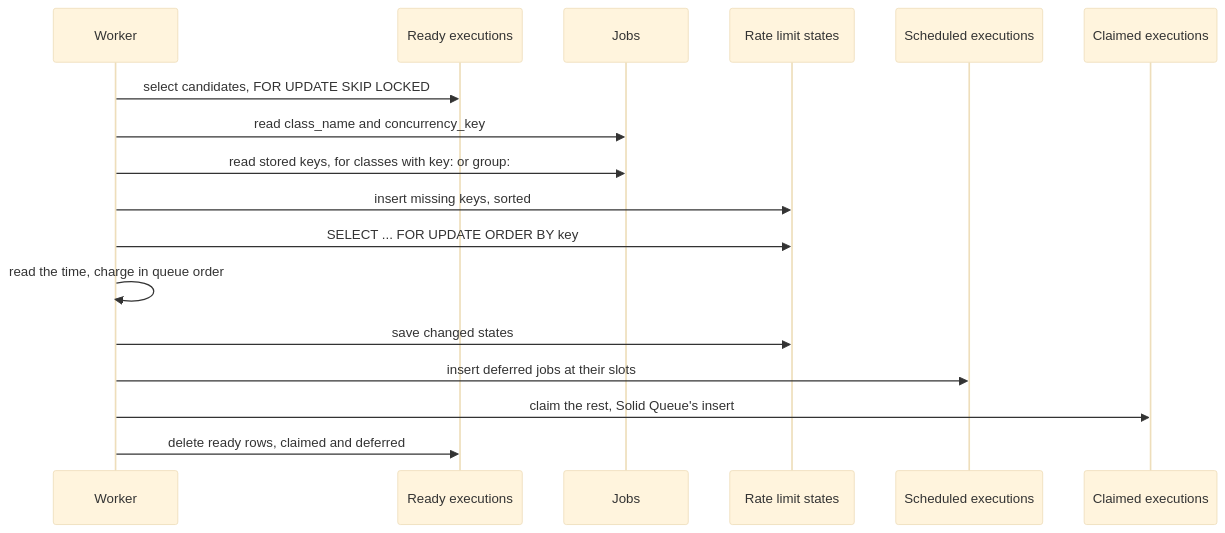
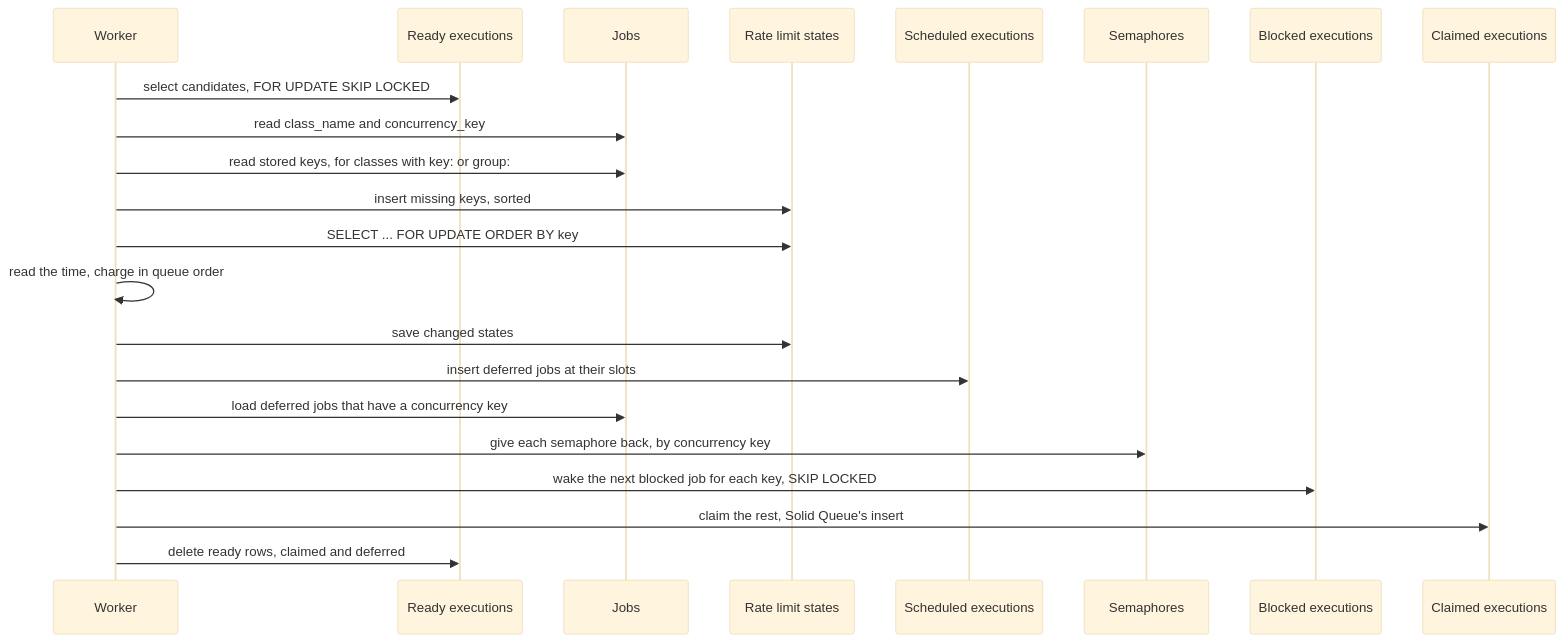
One commit to dtcristo/solid_queue-rate_limit changed the second of 3 diagrams in docs/design.md. Above: the diagram before and after it, drawn with Mermaid (base theme). The commit also changed other lines of this file and 1 other file, not shown here.

Commit message:
Explain how deferred jobs give their semaphore back, and each entry point's lock order

````diff
--- a/docs/design.md
+++ b/docs/design.md
@@ -88,19 +88,24 @@
 ```mermaid
 sequenceDiagram
     participant W as Worker
     participant R as Ready executions
     participant J as Jobs
     participant S as Rate limit states
     participant X as Scheduled executions
+    participant M as Semaphores
+    participant B as Blocked executions
     participant C as Claimed executions
     W->>R: select candidates, FOR UPDATE SKIP LOCKED
     W->>J: read class_name and concurrency_key
     W->>J: read stored keys, for classes with key: or group:
     W->>S: insert missing keys, sorted
     W->>S: SELECT ... FOR UPDATE ORDER BY key
     W->>W: read the time, charge in queue order
     W->>S: save changed states
     W->>X: insert deferred jobs at their slots
+    W->>J: load deferred jobs that have a concurrency key
+    W->>M: give each semaphore back, by concurrency key
+    W->>B: wake the next blocked job for each key, SKIP LOCKED
     W->>C: claim the rest, Solid Queue's insert
     W->>R: delete ready rows, claimed and deferred
 ```
````
